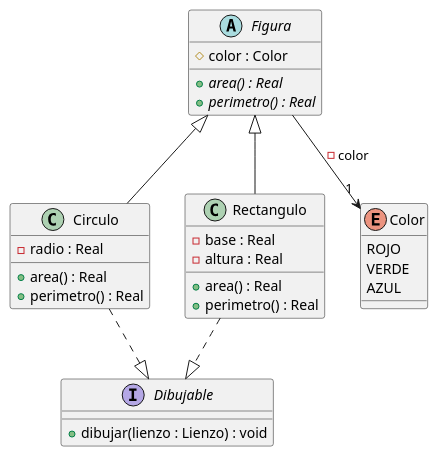
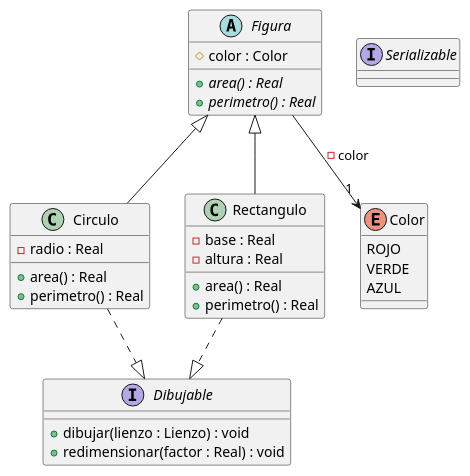
Before and after one commit to roo2-unlp/uml-smell-finder: the diagram in documentation/PlantUML/Examples/figuras.puml, drawn with PlantUML. The commit also changed 7 other files, not shown here.

```diff
--- a/documentation/PlantUML/Examples/figuras.puml
+++ b/documentation/PlantUML/Examples/figuras.puml
@@ -1,34 +1,41 @@
 @startuml
 abstract class Figura {
     # color : Color
     +{abstract} area() : Real
     +{abstract} perimetro() : Real
 }
 
 class Circulo extends Figura {
     -radio : Real
     +area() : Real
     +perimetro() : Real
 }
 
 class Rectangulo extends Figura {
     -base : Real
     -altura : Real
     +area() : Real
     +perimetro() : Real
 }
 
 interface Dibujable {
     +dibujar(lienzo : Lienzo) : void
 }
 
+interface Serializable
+
+' Interfaz duplicada para detección por InterfaceCounterSniffer
+interface Dibujable {
+    +redimensionar(factor : Real) : void
+}
+
 enum Color {
     ROJO
     VERDE
     AZUL
 }
 
 Circulo ..|> Dibujable
 Rectangulo ..|> Dibujable
 Figura --> "1" Color : - color
 @enduml
```
